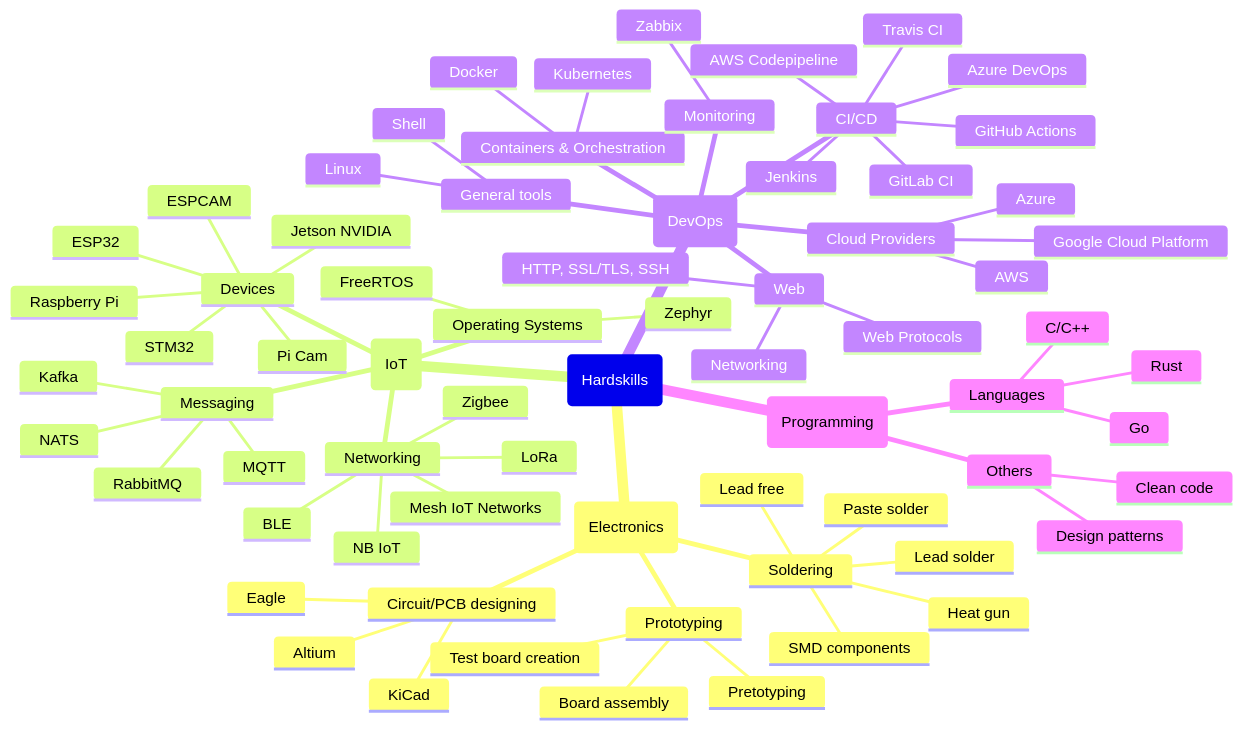
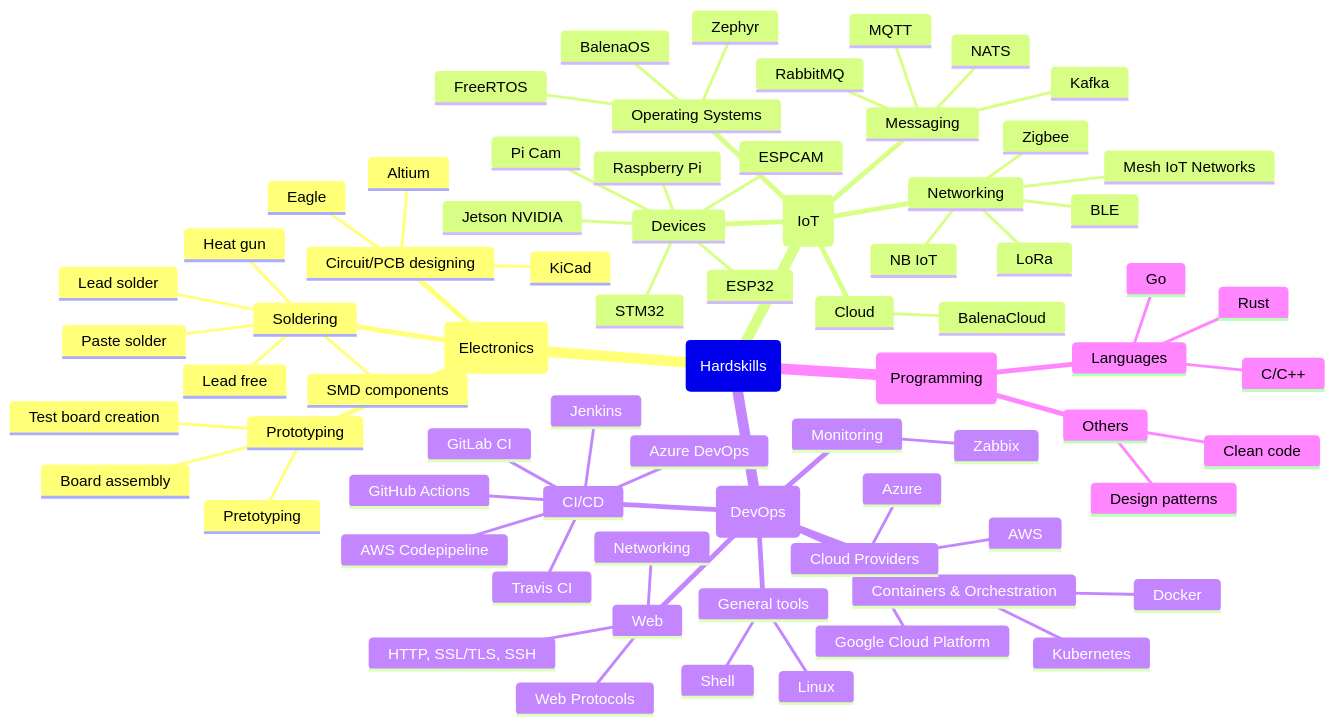
The first of 2 diagrams in README.md (taffarel55/pdi), drawn with Mermaid before and after one commit.

Commit message:
💻 hard: Update hardskills

````diff
--- a/README.md
+++ b/README.md
@@ -9,79 +9,82 @@
 ```mermaid
 mindmap
   (Hardskills)
   ::icon(fa fa-laptop)
     (Electronics)
     ::icon(fa fa-microchip)
         Circuit/PCB designing
             Altium
             Eagle
             KiCad
         Prototyping
             Board assembly
             Test board creation
             Pretotyping
         Soldering
             Lead solder
             Lead free
             Heat gun
             SMD components
             Paste solder
     (IoT)
     ::icon(fa fa-cloud)
         Devices
             Raspberry Pi
             Pi Cam
             ESPCAM
             ESP32
             STM32
             Jetson NVIDIA
         Networking
             LoRa
             Zigbee
             BLE
             Mesh IoT Networks
             NB IoT
         Messaging
             MQTT
             RabbitMQ
             Kafka
             NATS
         Operating Systems
             FreeRTOS
             Zephyr
+            BalenaOS
+        Cloud
+            BalenaCloud
     (DevOps)
     ::icon(fa fa-infinity)
         General tools
             Linux
             Shell
         Web
             Networking
             Web Protocols
             HTTP, SSL/TLS, SSH
         Containers & Orchestration
             Docker
             Kubernetes
         Cloud Providers
             AWS
             Azure
             Google Cloud Platform
         CI/CD
             Jenkins
             GitLab CI
             GitHub Actions
             Travis CI
             AWS Codepipeline
             Azure DevOps
         Monitoring
             Zabbix
     (Programming)
     ::icon(fa fa-book)
         Languages
             C/C++
             Rust
             Go
         Others
             Clean code
             Design patterns
     
 ```
````
